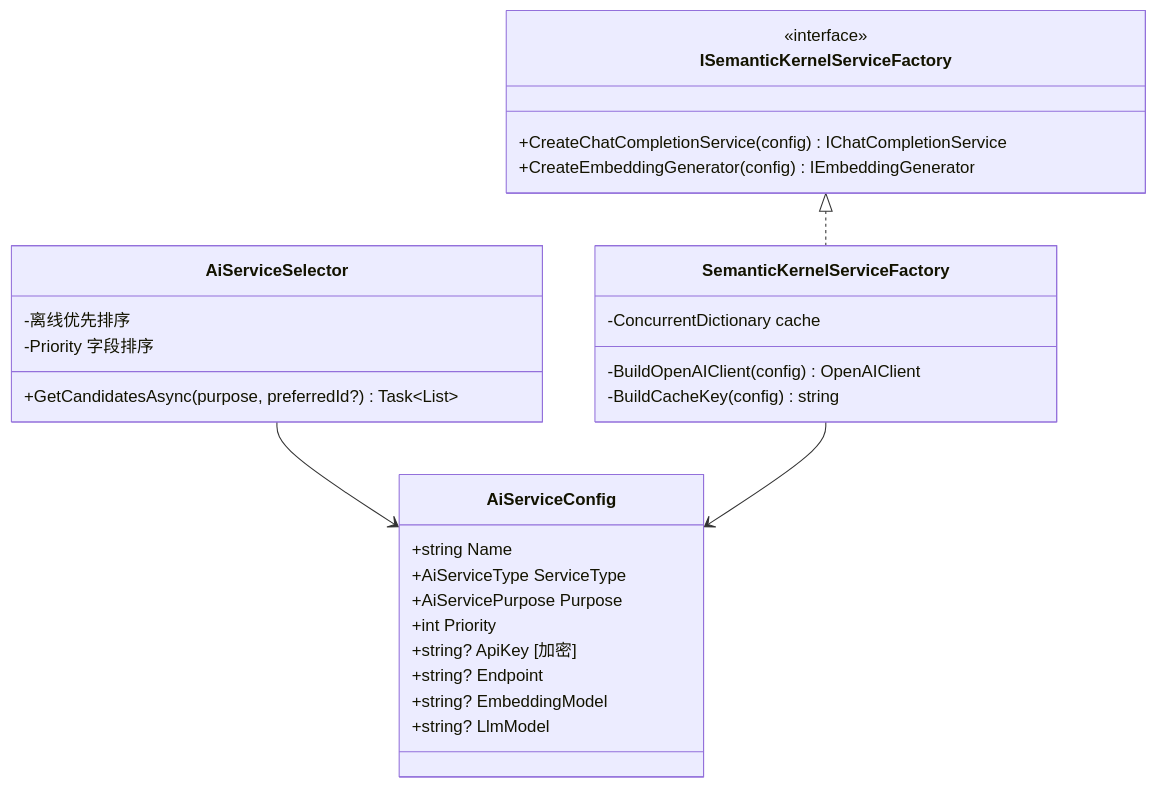
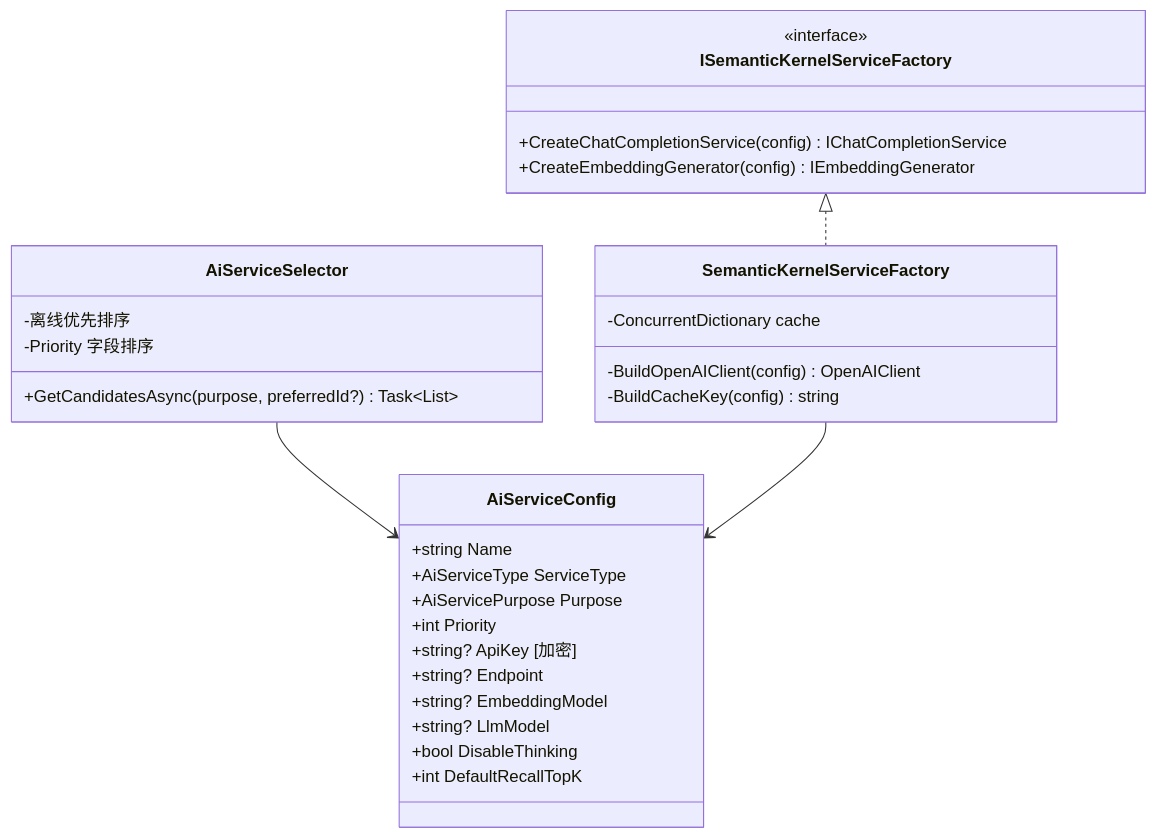
One commit to xiaocaiisxiaocai/AcceptanceSpecRecognition changed the tenth of 28 diagrams in docs/design-overview.md. Above: the diagram before and after it, drawn with Mermaid. The commit also changed other lines of this file and 255 other files, not shown here.

````diff
--- a/docs/design-overview.md
+++ b/docs/design-overview.md
@@ -363,35 +366,37 @@
 ```mermaid
 classDiagram
     class ISemanticKernelServiceFactory {
         <<interface>>
         +CreateChatCompletionService(config) IChatCompletionService
         +CreateEmbeddingGenerator(config) IEmbeddingGenerator
     }
 
     class SemanticKernelServiceFactory {
         -ConcurrentDictionary cache
         -BuildOpenAIClient(config) OpenAIClient
         -BuildCacheKey(config) string
     }
 
     class AiServiceSelector {
         +GetCandidatesAsync(purpose, preferredId?) Task~List~
         -离线优先排序
         -Priority 字段排序
     }
 
     class AiServiceConfig {
         +string Name
         +AiServiceType ServiceType
         +AiServicePurpose Purpose
         +int Priority
         +string? ApiKey [加密]
         +string? Endpoint
         +string? EmbeddingModel
         +string? LlmModel
+        +bool DisableThinking
+        +int DefaultRecallTopK
     }
 
     ISemanticKernelServiceFactory <|.. SemanticKernelServiceFactory
     AiServiceSelector --> AiServiceConfig
     SemanticKernelServiceFactory --> AiServiceConfig
 ```
````
